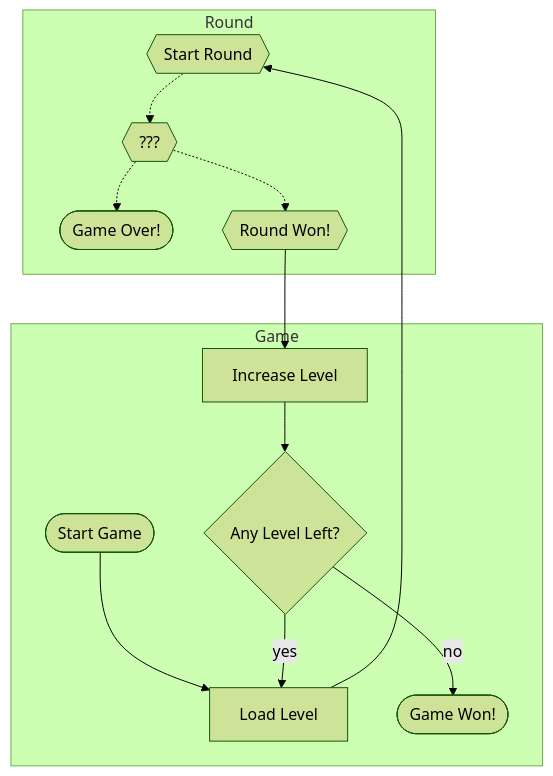
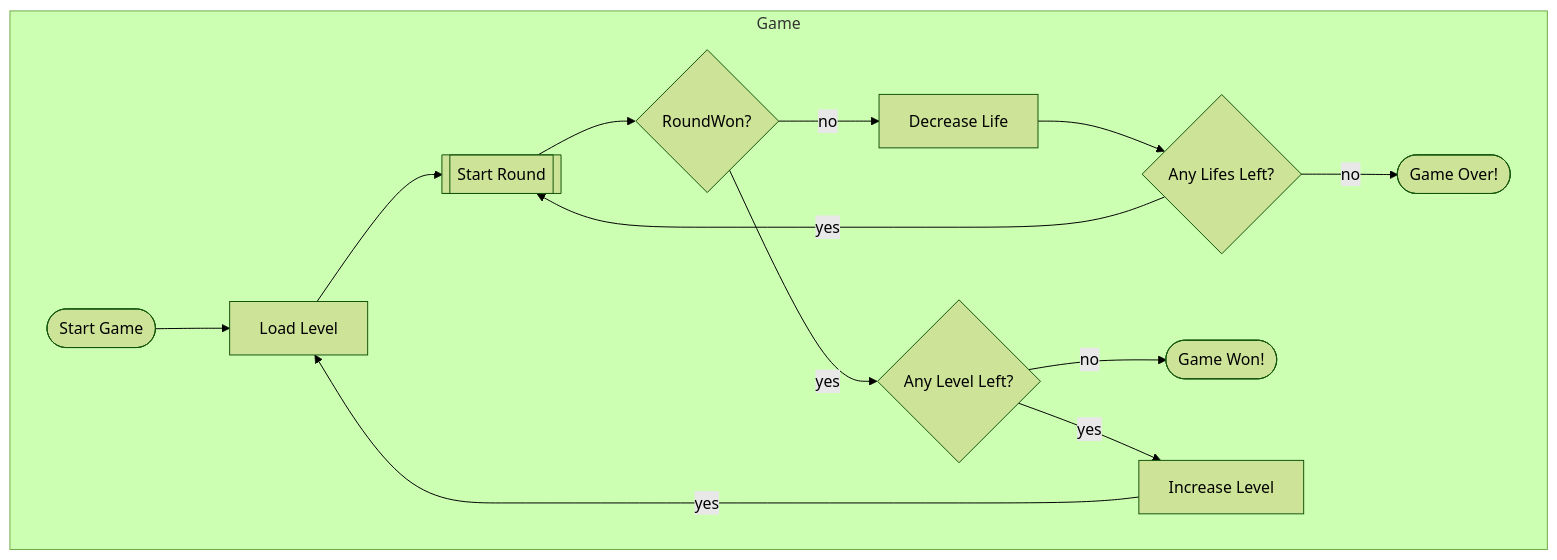
Before and after one commit to htho/wibbles: the first of 2 diagrams in MECHANICS.md, drawn with Mermaid (forest theme). The commit also changed other lines of this file and 1 other file, not shown here.

Commit message:
update flowchart

````diff
--- a/MECHANICS.md
+++ b/MECHANICS.md
@@ -5,19 +12,23 @@
 ```mermaid
 flowchart TD
-subgraph Round
-    startRound{{Start Round}} -.-> blackbox{{???}}
-    blackbox -.-> gameOver
-    blackbox -.-> roundWon
-    gameOver([Game Over!])
-    roundWon{{Round Won!}}
-end
 
 subgraph Game
     startGame([Start Game]) --> loadLevel[Load Level]
-    loadLevel --> startRound
-    roundWon --> increaseLevel[Increase Level]
-    increaseLevel --> levelLeft{Any Level Left?}
-    levelLeft --> |yes| loadLevel
+    loadLevel --> startRound[[Start Round]]
+    startRound --> roundWon{RoundWon?}
+    
+    roundWon --> |no| decreaseLife[Decrease Life]
+    decreaseLife --> lifeLeft{Any Lifes Left?}
+    
+    lifeLeft --> |yes| startRound
+
+    lifeLeft --> |no| gameOver([Game Over!])
+    
+
+    roundWon --> |yes| levelLeft{Any Level Left?}
     levelLeft --> |no| gameWon([Game Won!])
+
+    levelLeft --> |yes| increaseLevel[Increase Level]
+    increaseLevel --> |yes| loadLevel
 end
 ```
````
